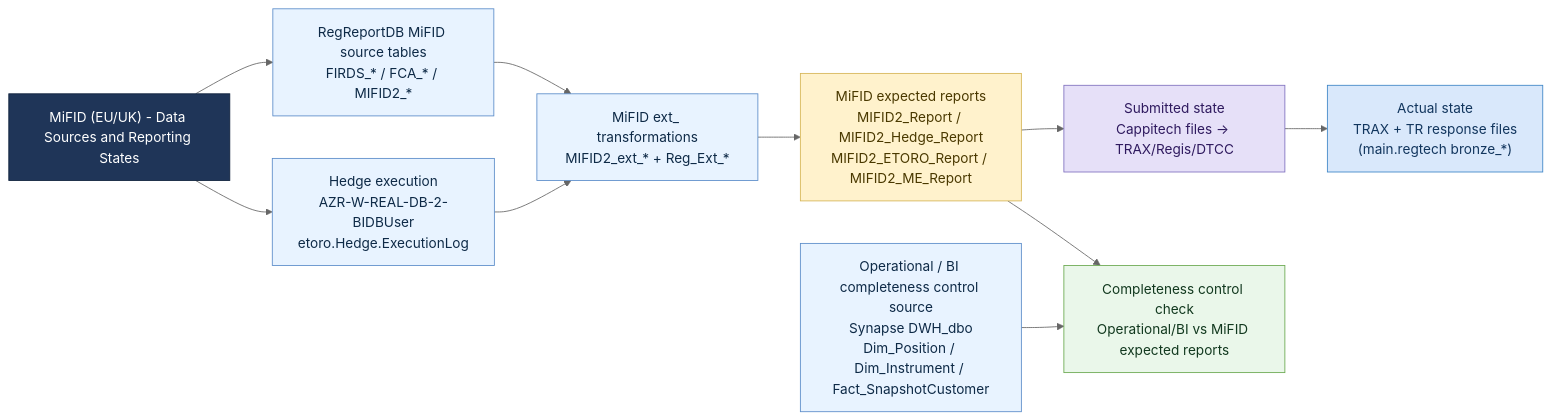
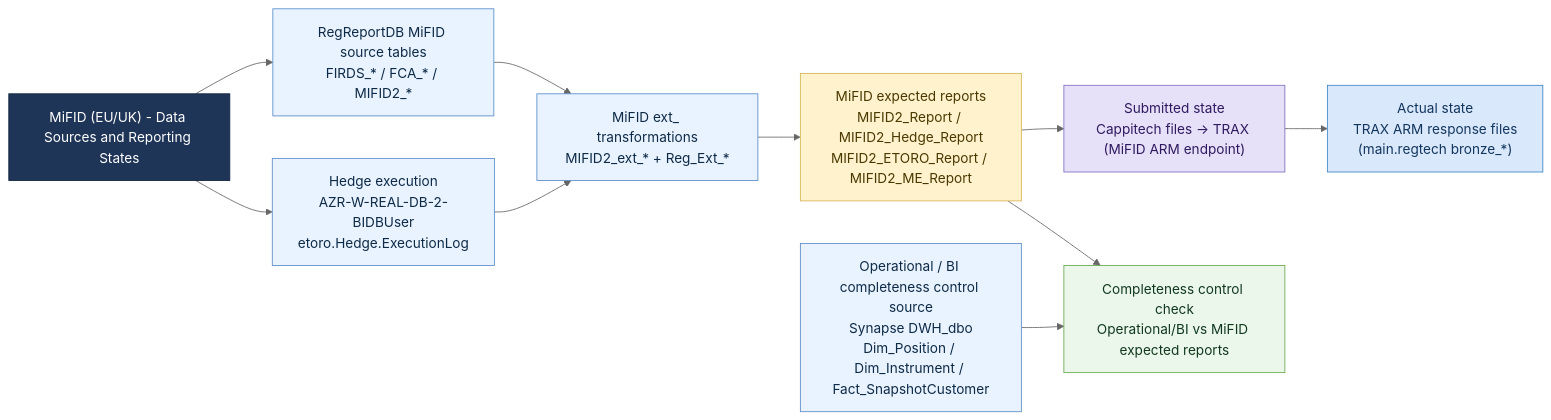
One commit to valentinosko-hub/RegTech changed the diagram in regtech-automation-project/diagrams/reporting-model-mifid-data-sources.md. Above: the diagram before and after it, drawn with Mermaid (neutral theme). The commit also changed 14 other files, not shown here.

Commit message:
Clarify MiFID ARM vs EMIR/ASIC TR taxonomy across diagrams

````diff
--- a/regtech-automation-project/diagrams/reporting-model-mifid-data-sources.md
+++ b/regtech-automation-project/diagrams/reporting-model-mifid-data-sources.md
@@ -3,33 +3,33 @@
 ```mermaid
 flowchart LR
   T["MiFID (EU/UK) - Data Sources and Reporting States"]
   I1["Operational / BI completeness control source<br/>Synapse DWH_dbo<br/>Dim_Position / Dim_Instrument / Fact_SnapshotCustomer"]
   I2["Hedge execution<br/>AZR-W-REAL-DB-2-BIDBUser<br/>etoro.Hedge.ExecutionLog"]
   I3["RegReportDB MiFID source tables<br/>FIRDS_* / FCA_* / MIFID2_*"]
   I4["MiFID ext_ transformations<br/>MIFID2_ext_* + Reg_Ext_*"]
   I5["MiFID expected reports<br/>MIFID2_Report / MIFID2_Hedge_Report<br/>MIFID2_ETORO_Report / MIFID2_ME_Report"]
-  I6["Submitted state<br/>Cappitech files -> TRAX/Regis/DTCC"]
-  I7["Actual state<br/>TRAX + TR response files<br/>(main.regtech bronze_*)"]
+  I6["Submitted state<br/>Cappitech files -> TRAX (MiFID ARM endpoint)"]
+  I7["Actual state<br/>TRAX ARM response files<br/>(main.regtech bronze_*)"]
   I8["Completeness control check<br/>Operational/BI vs MiFID expected reports"]
 
   T --> I2
   T --> I3
   I2 --> I4
   I3 --> I4 --> I5 --> I6 --> I7
   I1 --> I8
   I5 --> I8
 
   classDef title fill:#1f3558,stroke:#0f223d,color:#ffffff,fontStyle:bold;
   classDef source fill:#e8f3ff,stroke:#5b8cc9,color:#0e2a47;
   classDef expected fill:#fff2cc,stroke:#d6b656,color:#4a3900,fontStyle:bold;
   classDef submitted fill:#e6e0f8,stroke:#7f70bf,color:#2f1a5f,fontStyle:bold;
   classDef actual fill:#d9e8fb,stroke:#3d85c6,color:#12365e,fontStyle:bold;
   classDef control fill:#eaf7ea,stroke:#6aa84f,color:#12391f;
 
   class T title;
   class I1,I2,I3,I4 source;
   class I5 expected;
   class I6 submitted;
   class I7 actual;
   class I8 control;
 ```
````
